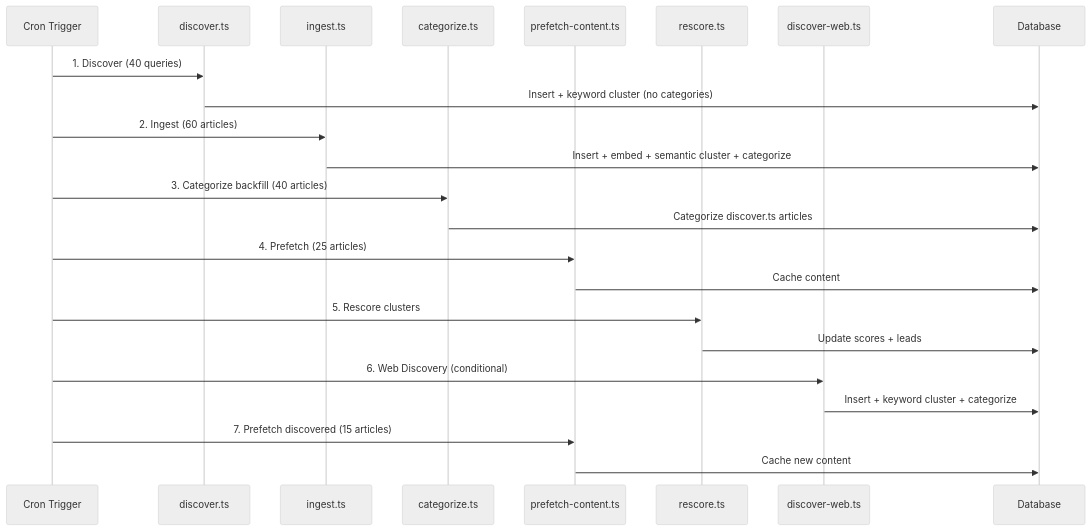
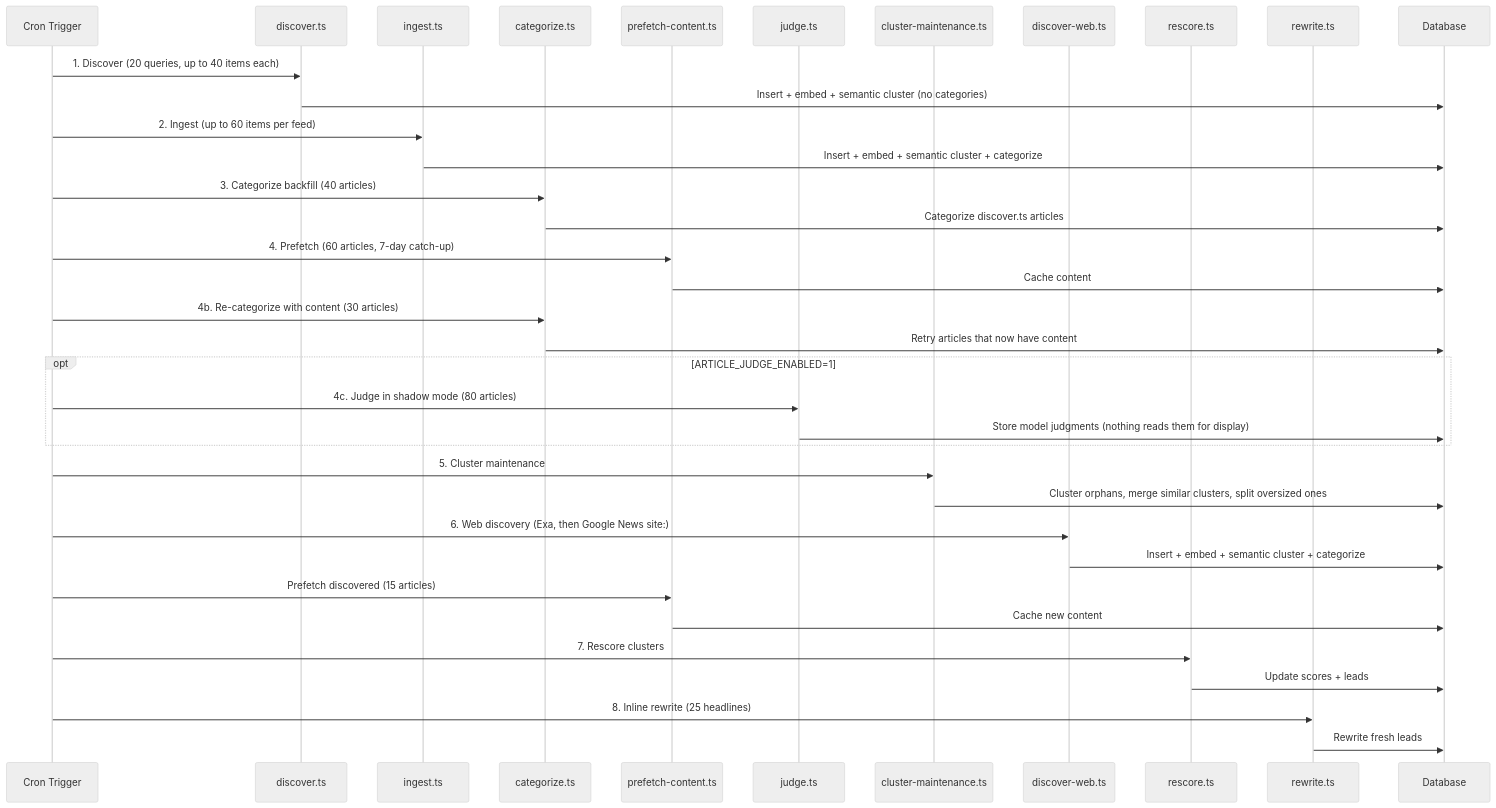
One commit to dwahbe/climate-river changed the third of 9 diagrams in README.md. Above: the diagram before and after it, drawn with Mermaid (neutral theme). The commit also changed other lines of this file and 54 other files, not shown here.

````diff
--- a/README.md
+++ b/README.md
@@ -136,32 +142,49 @@
 ```mermaid
 sequenceDiagram
     participant C as Cron Trigger
     participant D as discover.ts
     participant I as ingest.ts
     participant CA as categorize.ts
     participant P as prefetch-content.ts
+    participant J as judge.ts
+    participant M as cluster-maintenance.ts
+    participant W as discover-web.ts
     participant R as rescore.ts
-    participant W as discover-web.ts
+    participant RW as rewrite.ts
     participant DB as Database
 
-    C->>D: 1. Discover (40 queries)
-    D->>DB: Insert + keyword cluster (no categories)
+    C->>D: 1. Discover (20 queries, up to 40 items each)
+    D->>DB: Insert + embed + semantic cluster (no categories)
 
-    C->>I: 2. Ingest (60 articles)
+    C->>I: 2. Ingest (up to 60 items per feed)
     I->>DB: Insert + embed + semantic cluster + categorize
 
     C->>CA: 3. Categorize backfill (40 articles)
     CA->>DB: Categorize discover.ts articles
 
-    C->>P: 4. Prefetch (25 articles)
+    C->>P: 4. Prefetch (60 articles, 7-day catch-up)
     P->>DB: Cache content
 
-    C->>R: 5. Rescore clusters
+    C->>CA: 4b. Re-categorize with content (30 articles)
+    CA->>DB: Retry articles that now have content
+
+    opt ARTICLE_JUDGE_ENABLED=1
+        C->>J: 4c. Judge in shadow mode (80 articles)
+        J->>DB: Store model judgments (nothing reads them for display)
+    end
+
+    C->>M: 5. Cluster maintenance
+    M->>DB: Cluster orphans, merge similar clusters, split oversized ones
+
+    C->>W: 6. Web discovery (Exa, then Google News site:)
+    W->>DB: Insert + embed + semantic cluster + categorize
+
+    C->>P: Prefetch discovered (15 articles)
+    P->>DB: Cache new content
+
+    C->>R: 7. Rescore clusters
     R->>DB: Update scores + leads
 
-    C->>W: 6. Web Discovery (conditional)
-    W->>DB: Insert + keyword cluster + categorize
-
-    C->>P: 7. Prefetch discovered (15 articles)
-    P->>DB: Cache new content
+    C->>RW: 8. Inline rewrite (25 headlines)
+    RW->>DB: Rewrite fresh leads
 ```
````
